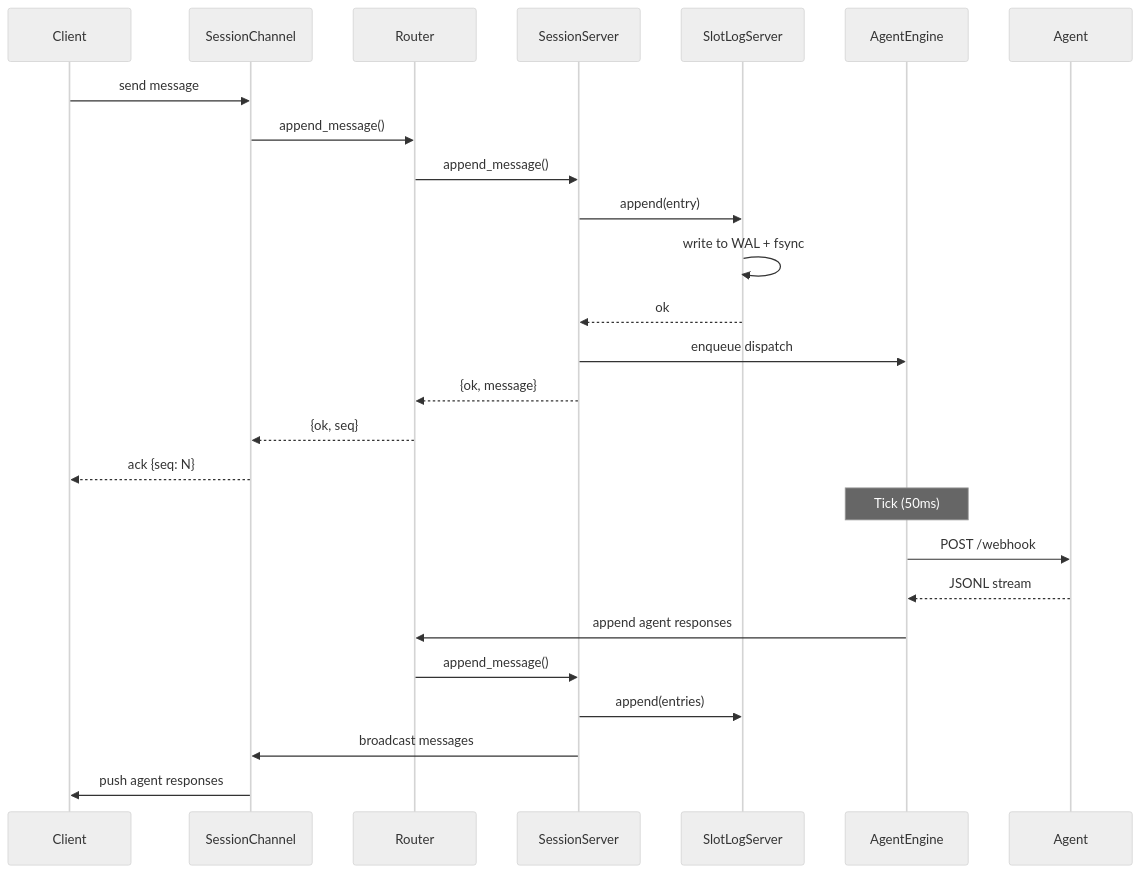
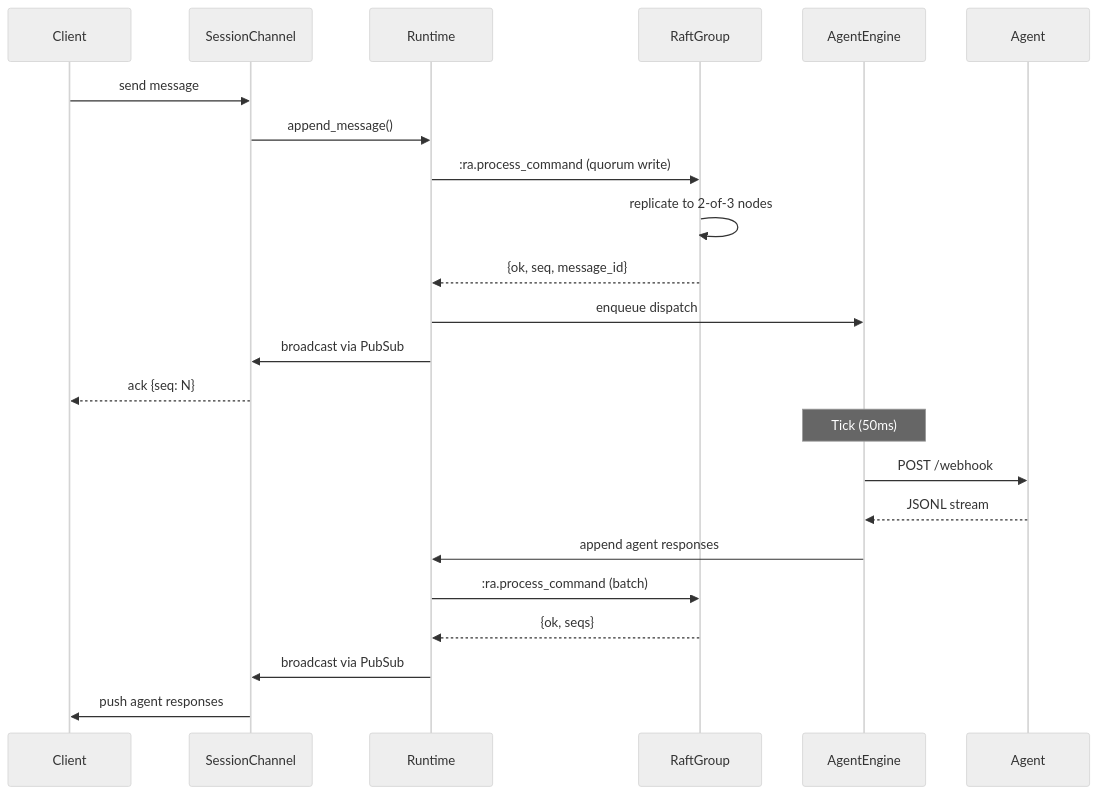
Before and after one commit to cpluss/fleetlm: the diagram in docs/architecture.md, drawn with Mermaid (neutral theme). The commit also changed other lines of this file and 3 other files, not shown here.

````diff
--- a/docs/architecture.md
+++ b/docs/architecture.md
@@ -38,30 +38,27 @@
 ```mermaid
 sequenceDiagram
     participant Client
     participant SessionChannel
-    participant Router
-    participant SessionServer
-    participant SlotLogServer
+    participant Runtime
+    participant RaftGroup
     participant AgentEngine
     participant Agent
 
     Client->>SessionChannel: send message
-    SessionChannel->>Router: append_message()
-    Router->>SessionServer: append_message()
-    SessionServer->>SlotLogServer: append(entry)
-    SlotLogServer->>SlotLogServer: write to WAL + fsync
-    SlotLogServer-->>SessionServer: ok
-    SessionServer->>AgentEngine: enqueue dispatch
-    SessionServer-->>Router: {ok, message}
-    Router-->>SessionChannel: {ok, seq}
+    SessionChannel->>Runtime: append_message()
+    Runtime->>RaftGroup: :ra.process_command (quorum write)
+    RaftGroup->>RaftGroup: replicate to 2-of-3 nodes
+    RaftGroup-->>Runtime: {ok, seq, message_id}
+    Runtime->>AgentEngine: enqueue dispatch
+    Runtime->>SessionChannel: broadcast via PubSub
     SessionChannel-->>Client: ack {seq: N}
 
     Note over AgentEngine: Tick (50ms)
     AgentEngine->>Agent: POST /webhook
     Agent-->>AgentEngine: JSONL stream
-    AgentEngine->>Router: append agent responses
-    Router->>SessionServer: append_message()
-    SessionServer->>SlotLogServer: append(entries)
-    SessionServer->>SessionChannel: broadcast messages
+    AgentEngine->>Runtime: append agent responses
+    Runtime->>RaftGroup: :ra.process_command (batch)
+    RaftGroup-->>Runtime: {ok, seqs}
+    Runtime->>SessionChannel: broadcast via PubSub
     SessionChannel->>Client: push agent responses
 ```
````
